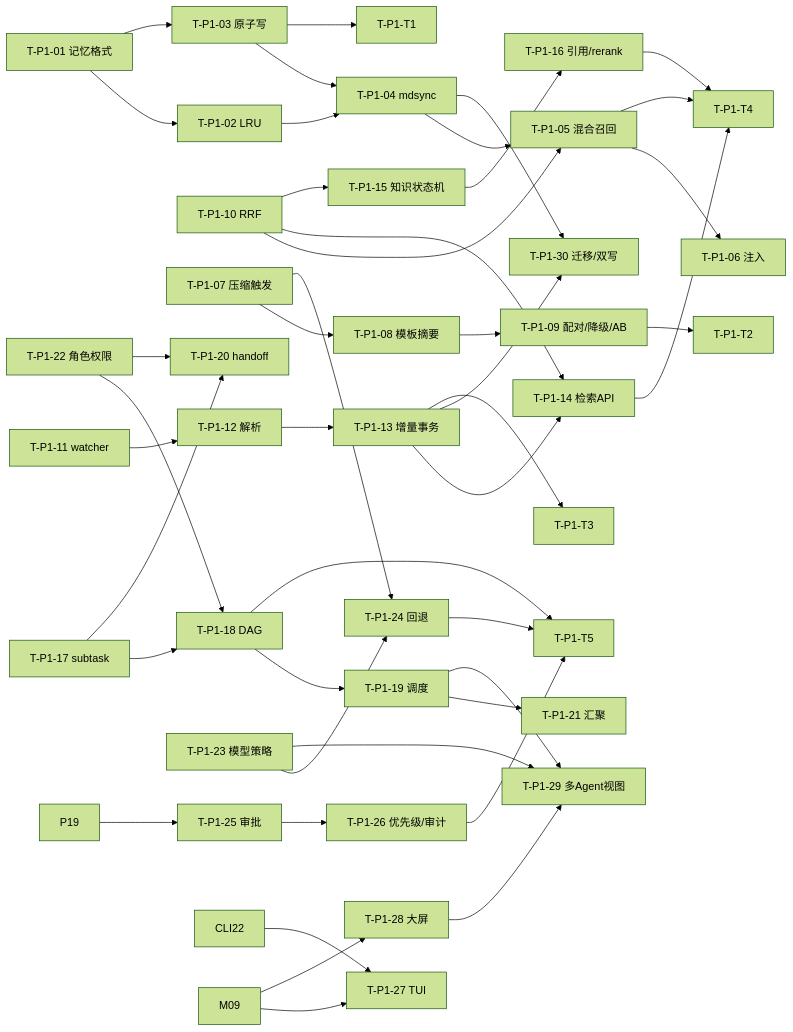
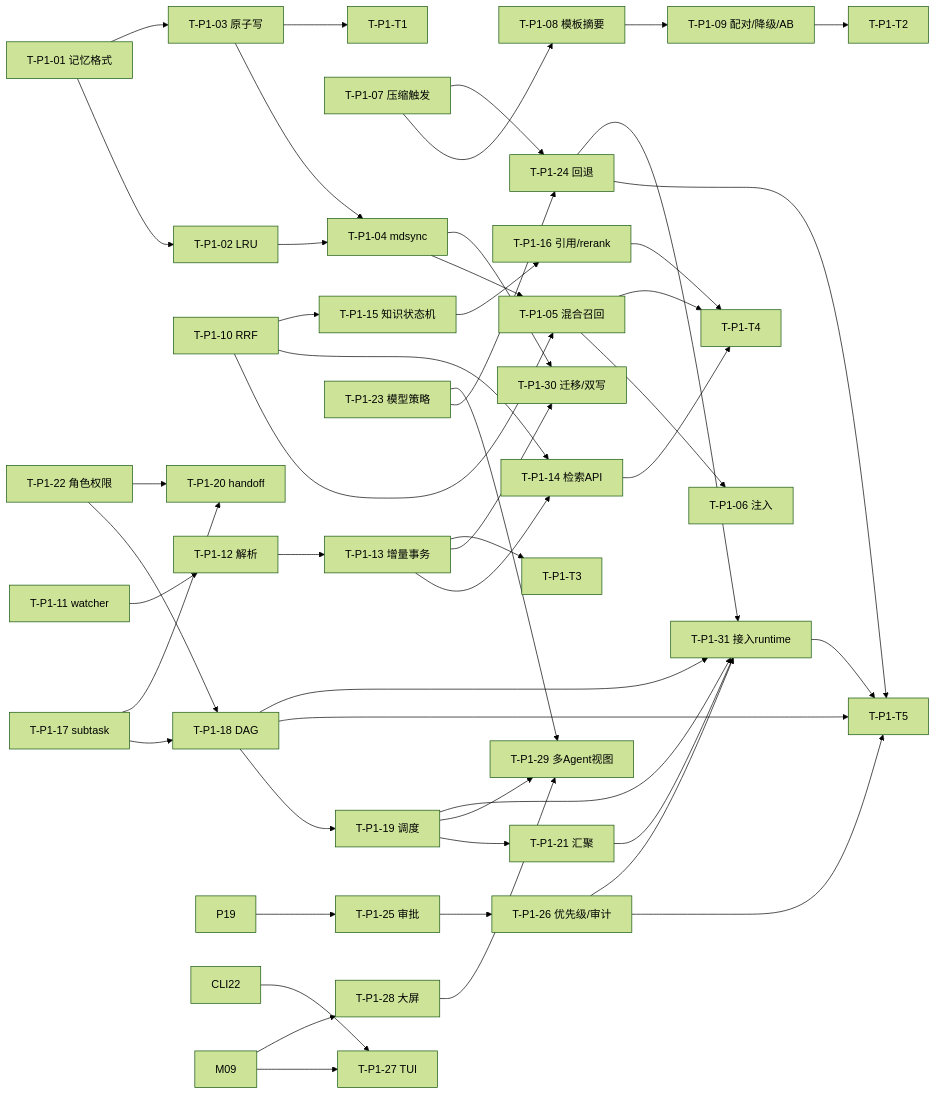
Before and after one commit to kestarsheng/harness-loop: the second of 3 diagrams in .codeartsdoer/specs/harness-loop-platform/tasks.md, drawn with Mermaid (forest theme). The commit also changed other lines of this file, not shown here.

````diff
--- a/.codeartsdoer/specs/harness-loop-platform/tasks.md
+++ b/.codeartsdoer/specs/harness-loop-platform/tasks.md
@@ -1094,45 +1106,51 @@
 ```mermaid
 flowchart LR
   M01[T-P1-01 记忆格式] --> M02[T-P1-02 LRU]
   M01 --> M03[T-P1-03 原子写]
   M02 --> M04[T-P1-04 mdsync]
   M03 --> M04
   M04 --> M05[T-P1-05 混合召回]
   M05 --> M06[T-P1-06 注入]
   R10[T-P1-10 RRF] --> M05
   C07[T-P1-07 压缩触发] --> C08[T-P1-08 模板摘要]
   C08 --> C09[T-P1-09 配对/降级/AB]
   I11[T-P1-11 watcher] --> I12[T-P1-12 解析]
   I12 --> I13[T-P1-13 增量事务]
   I13 --> I14[T-P1-14 检索API]
   R10 --> I14
   K15[T-P1-15 知识状态机] --> K16[T-P1-16 引用/rerank]
   R10 --> K15
   S17[T-P1-17 subtask] --> S18[T-P1-18 DAG]
   P22[T-P1-22 角色权限] --> S18
   S18 --> S19[T-P1-19 调度]
   S17 --> H20[T-P1-20 handoff]
   P22 --> H20
   S19 --> G21[T-P1-21 汇聚]
   MR23[T-P1-23 模型策略] --> MR24[T-P1-24 回退]
   C07 --> MR24
   POL25[T-P1-25 审批] --> POL26[T-P1-26 优先级/审计]
   P19 --> POL25
   CLI22 --> TUI27[T-P1-27 TUI]
   M09 --> TUI27
   M09 --> MON28[T-P1-28 大屏]
   MON28 --> MON29[T-P1-29 多Agent视图]
   S19 --> MON29
   MR23 --> MON29
   M04 --> DB30[T-P1-30 迁移/双写]
   I13 --> DB30
   M03 --> TT1[T-P1-T1]
   C09 --> TT2[T-P1-T2]
   I13 --> TT3[T-P1-T3]
   I14 --> TT4[T-P1-T4]
   K16 --> TT4
   M05 --> TT4
   S18 --> TT5[T-P1-T5]
   MR24 --> TT5
   POL26 --> TT5
+  S18 --> X31[T-P1-31 接入runtime]
+  S19 --> X31
+  G21 --> X31
+  MR24 --> X31
+  POL26 --> X31
+  X31 --> TT5
 ```
````
